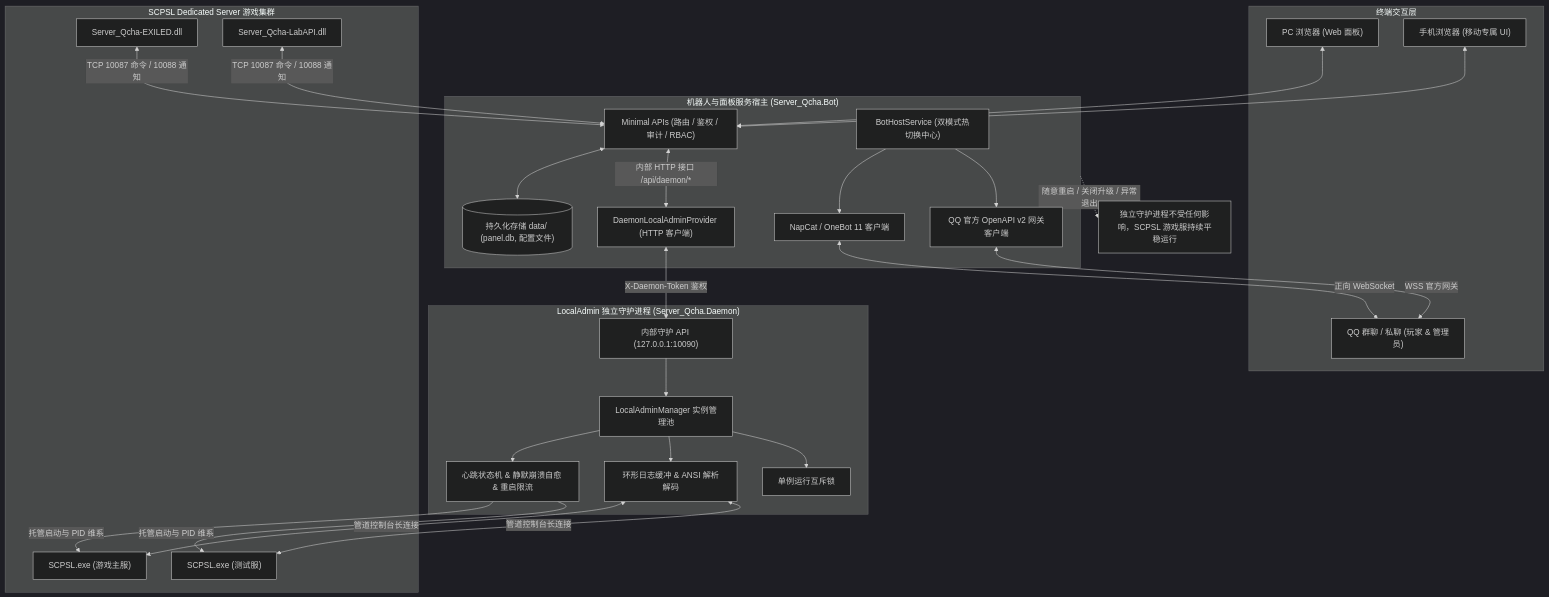
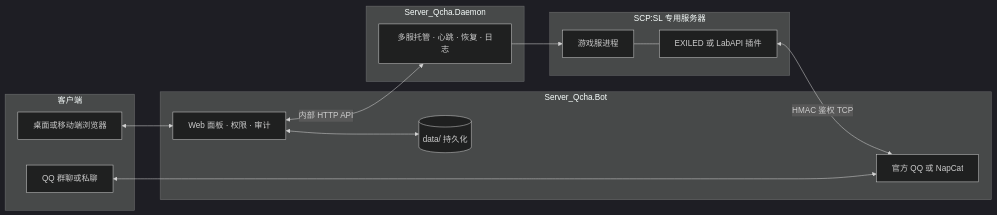
One commit to jikekei/Server_Qchat changed the diagram in docs/zh-CN/README.md. Above: the diagram before and after it, drawn with Mermaid (dark theme). The commit also changed other lines of this file and 1 other file, not shown here.

````diff
--- a/docs/zh-CN/README.md
+++ b/docs/zh-CN/README.md
@@ -84,59 +90,26 @@
 ```mermaid
-graph TD
-    subgraph ClientLayer["终端交互层"]
-        BrowserPC["PC 浏览器 (Web 面板)"]
-        BrowserMobile["手机浏览器 (移动专属 UI)"]
-        QQUser["QQ 群聊 / 私聊 (玩家 & 管理员)"]
-    end
-
-    subgraph BotHost["机器人与面板服务宿主 (Server_Qcha.Bot)"]
-        WebApis["Minimal APIs (路由 / 鉴权 / 审计 / RBAC)"]
-        DaemonProvider["DaemonLocalAdminProvider (HTTP 客户端)"]
-        BotEngine["BotHostService (双模式热切换中心)"]
-        NapCatClient["NapCat / OneBot 11 客户端"]
-        OfficialClient["QQ 官方 OpenAPI v2 网关客户端"]
-        DataDir[("持久化存储 data/ (panel.db, 配置文件)")]
-    end
-
-    subgraph StandaloneDaemon["LocalAdmin 独立守护进程 (Server_Qcha.Daemon)"]
-        DaemonHttp["内部守护 API (127.0.0.1:10090)"]
-        ManagerPool["LocalAdminManager 实例管理池"]
-        FsmSupervisor["心跳状态机 & 静默崩溃自愈 & 重启限流"]
-        LogBuffer["环形日志缓冲 & ANSI 解析解码"]
-        SingleMutex["单例运行互斥锁"]
-    end
-
-    subgraph GameServers["SCPSL Dedicated Server 游戏集群"]
-        Server1["SCPSL.exe (游戏主服)"]
-        Server2["SCPSL.exe (测试服)"]
-        Plugin1["Server_Qcha-EXILED.dll"]
-        Plugin2["Server_Qcha-LabAPI.dll"]
-    end
-
-    BrowserPC <--> WebApis
-    BrowserMobile <--> WebApis
-    WebApis <--> DataDir
-
-    WebApis <-->|内部 HTTP 接口 /api/daemon/*| DaemonProvider
-    DaemonProvider <-->|X-Daemon-Token 鉴权| DaemonHttp
-
-    DaemonHttp --> ManagerPool
-    ManagerPool --> FsmSupervisor
-    ManagerPool --> LogBuffer
-    ManagerPool --> SingleMutex
-
-    FsmSupervisor -->|托管启动与 PID 维系| Server1
-    FsmSupervisor -->|托管启动与 PID 维系| Server2
-    LogBuffer <-->|管道控制台长连接| Server1
-    LogBuffer <-->|管道控制台长连接| Server2
-
-    Plugin1 <-->|TCP 10087 命令 / 10088 通知| WebApis
-    Plugin2 <-->|TCP 10087 命令 / 10088 通知| WebApis
-
-    BotEngine --> NapCatClient
-    BotEngine --> OfficialClient
-    NapCatClient <-->|正向 WebSocket| QQUser
-    OfficialClient <-->|WSS 官方网关| QQUser
-
-    BotHost -.->|随意重启 / 关闭升级 / 异常退出| Protection["独立守护进程不受任何影响，SCPSL 游戏服持续平稳运行"]
+graph LR
+  subgraph Clients["客户端"]
+    Browser["桌面或移动端浏览器"]
+    QQ["QQ 群聊或私聊"]
+  end
+  subgraph BotHost["Server_Qcha.Bot"]
+    Web["Web 面板 · 权限 · 审计"]
+    Bot["官方 QQ 或 NapCat"]
+    Data[("data/ 持久化")]
+  end
+  subgraph Supervisor["Server_Qcha.Daemon"]
+    Manager["多服托管 · 心跳 · 恢复 · 日志"]
+  end
+  subgraph Servers["SCP:SL 专用服务器"]
+    Game["游戏服进程"]
+    Plugin["EXILED 或 LabAPI 插件"]
+  end
+  Browser <--> Web
+  Web <--> Data
+  QQ <--> Bot
+  Web <-->|内部 HTTP API| Manager
+  Manager --> Game
+  Game --- Plugin
+  Plugin <-->|HMAC 鉴权 TCP| Bot
 ```
````
